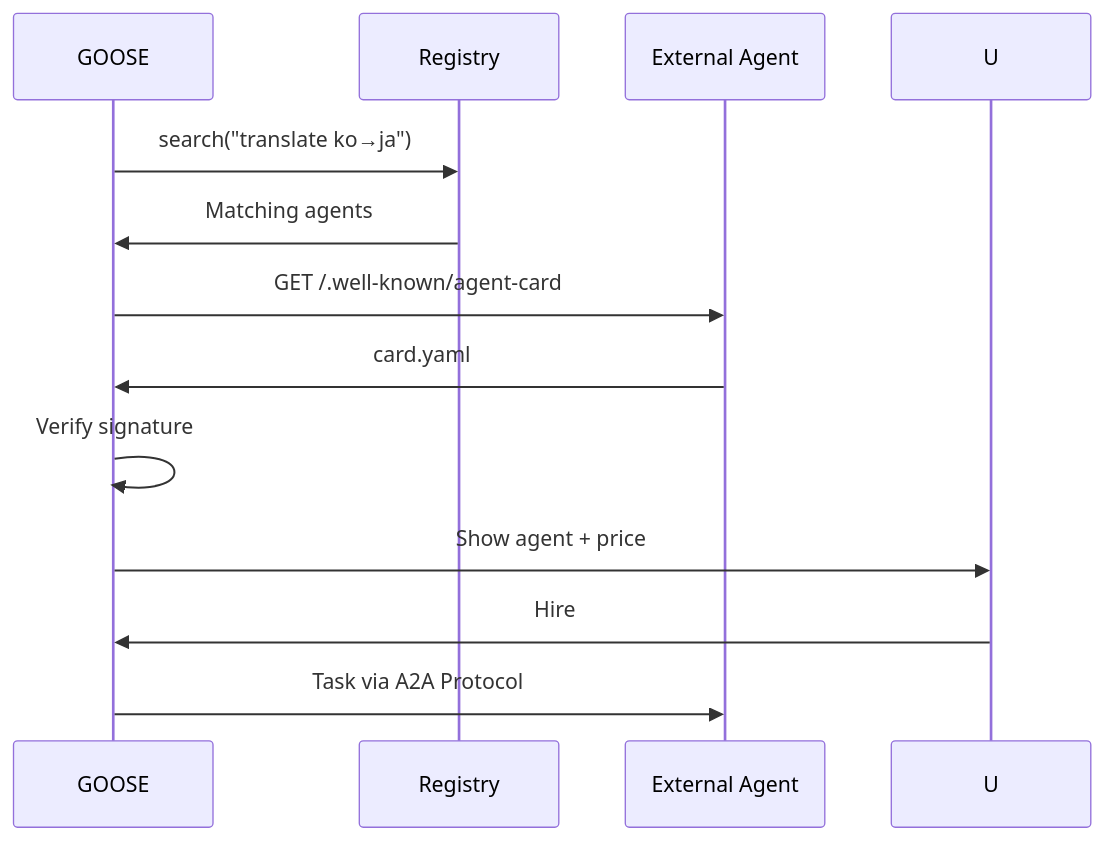
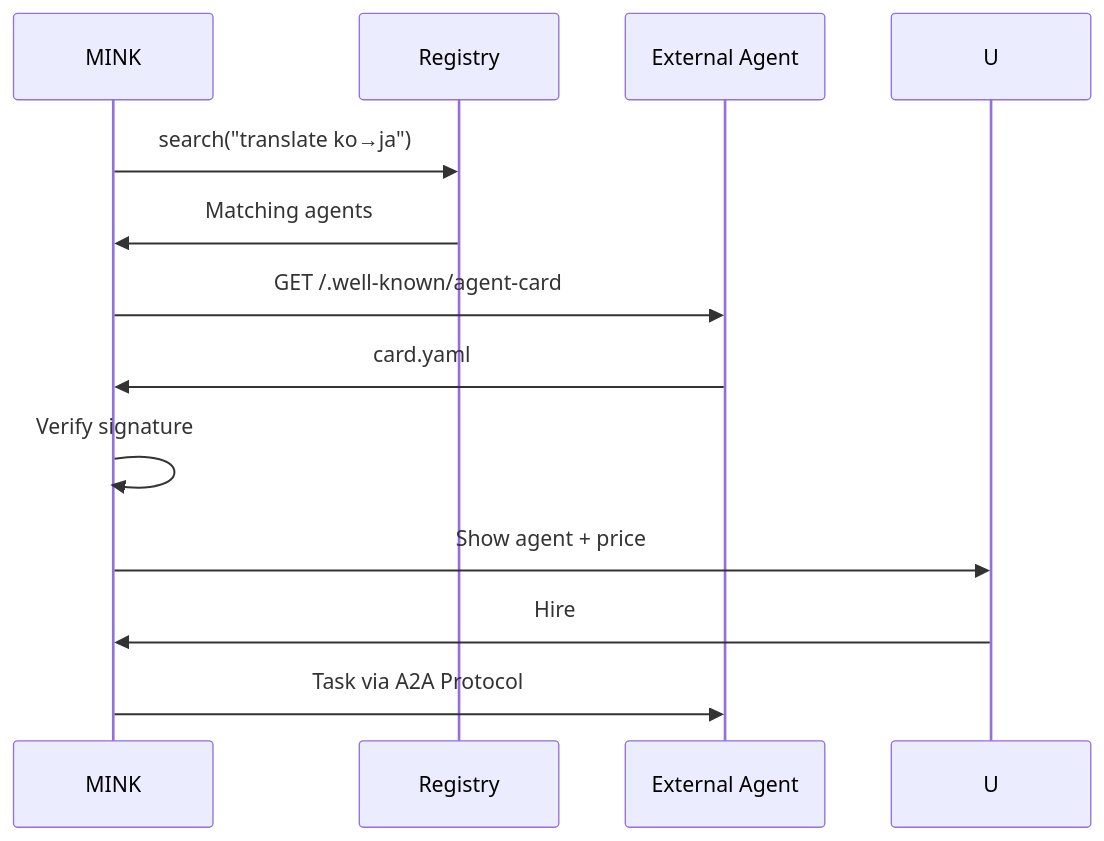
One commit to modu-ai/mink changed the third of 3 diagrams in .moai/project/ecosystem.md. Above: the diagram before and after it, drawn with Mermaid. The commit also changed other lines of this file and 9 other files, not shown here.

````diff
--- a/.moai/project/ecosystem.md
+++ b/.moai/project/ecosystem.md
@@ -487,15 +487,15 @@
 ```mermaid
 sequenceDiagram
-    participant G as GOOSE
+    participant G as MINK
     participant R as Registry
     participant E as External Agent
     
     G->>R: search("translate ko→ja")
     R->>G: Matching agents
     G->>E: GET /.well-known/agent-card
     E->>G: card.yaml
     G->>G: Verify signature
     G->>U: Show agent + price
     U->>G: Hire
     G->>E: Task via A2A Protocol
 ```
````
